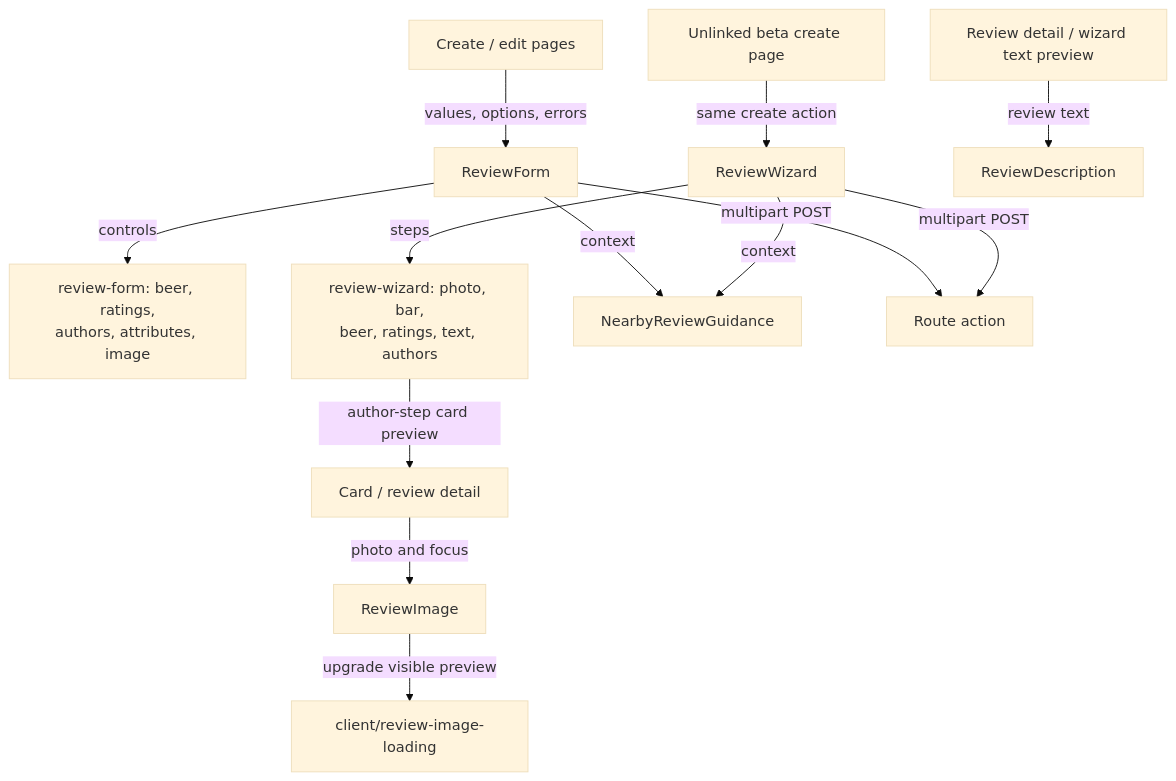
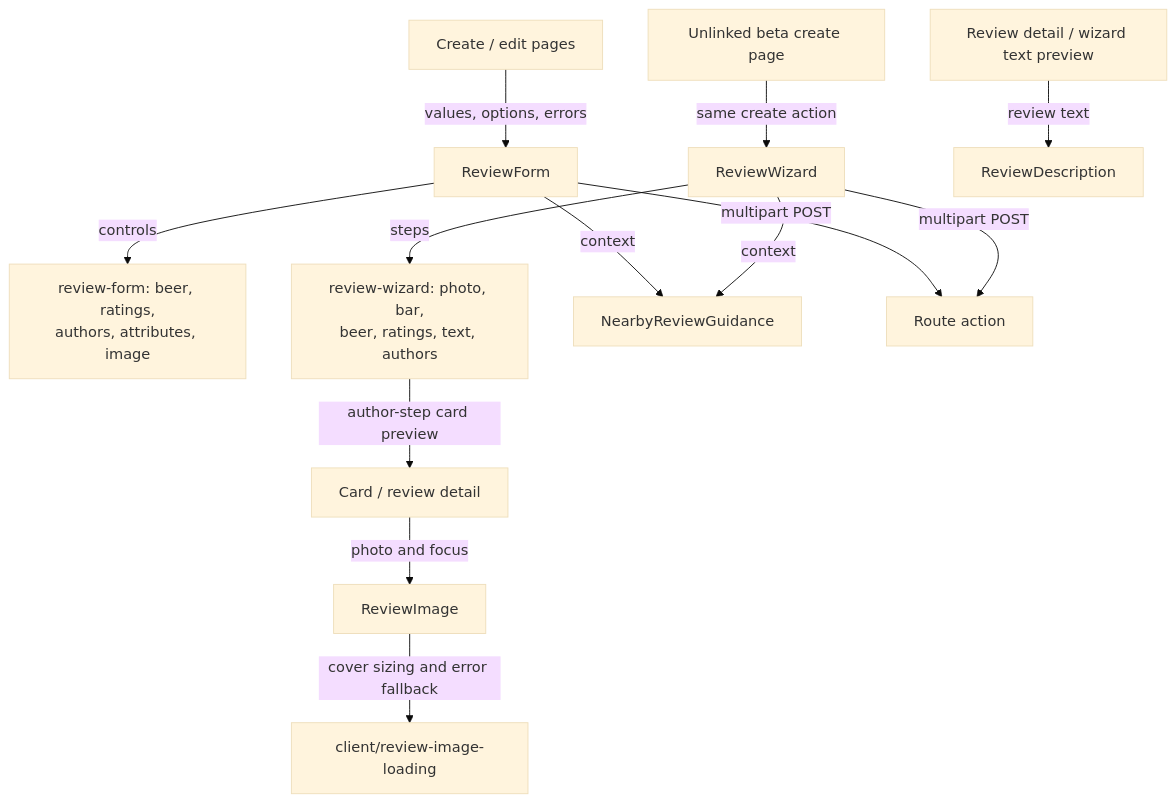
Before and after one commit to jonathan-lindqvist/enstorstarkreview: the first of 2 diagrams in src/lib/components/README.md, drawn with Mermaid (base theme). The commit also changed other lines of this file and 53 other files, not shown here.

````diff
--- a/src/lib/components/README.md
+++ b/src/lib/components/README.md
@@ -10,15 +10,15 @@
 ```mermaid
 flowchart TD
     Pages["Create / edit pages"] -->|"values, options, errors"| Form["ReviewForm"]
     Beta["Unlinked beta create page"] -->|"same create action"| Wizard["ReviewWizard"]
     Form -->|"controls"| Fields["review-form: beer, ratings,<br/>authors, attributes, image"]
     Wizard -->|"steps"| Steps["review-wizard: photo, bar,<br/>beer, ratings, text, authors"]
     Form -->|"context"| Guidance["NearbyReviewGuidance"]
     Wizard -->|"context"| Guidance
     Form -->|"multipart POST"| Save["Route action"]
     Wizard -->|"multipart POST"| Save
     Steps -->|"author-step card preview"| Cards["Card / review detail"]
     Cards -->|"photo and focus"| Image["ReviewImage"]
-    Image -->|"upgrade visible preview"| Loader["client/review-image-loading"]
+    Image -->|"cover sizing and error fallback"| Loader["client/review-image-loading"]
     Detail["Review detail / wizard text preview"] -->|"review text"| Text["ReviewDescription"]
 ```
````
